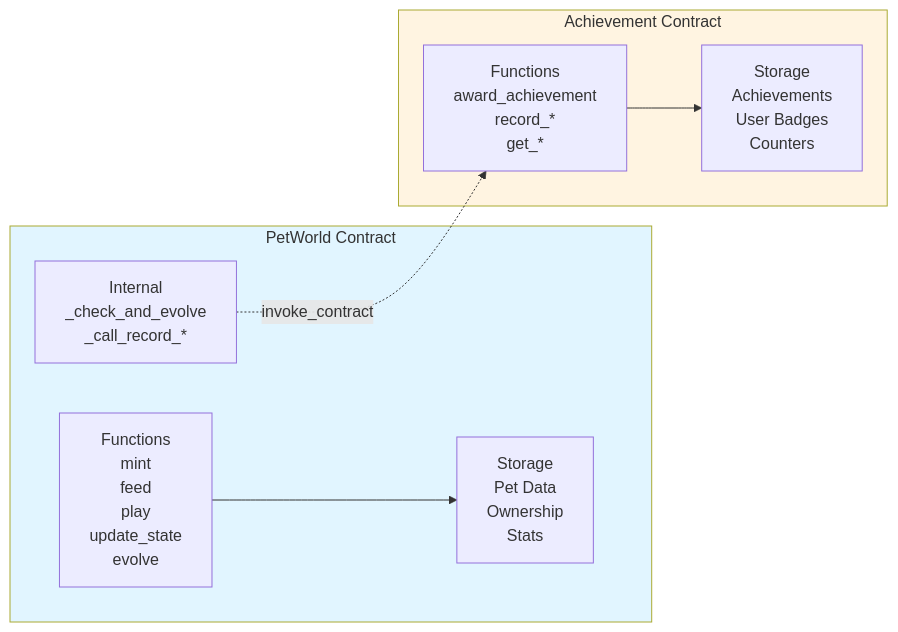
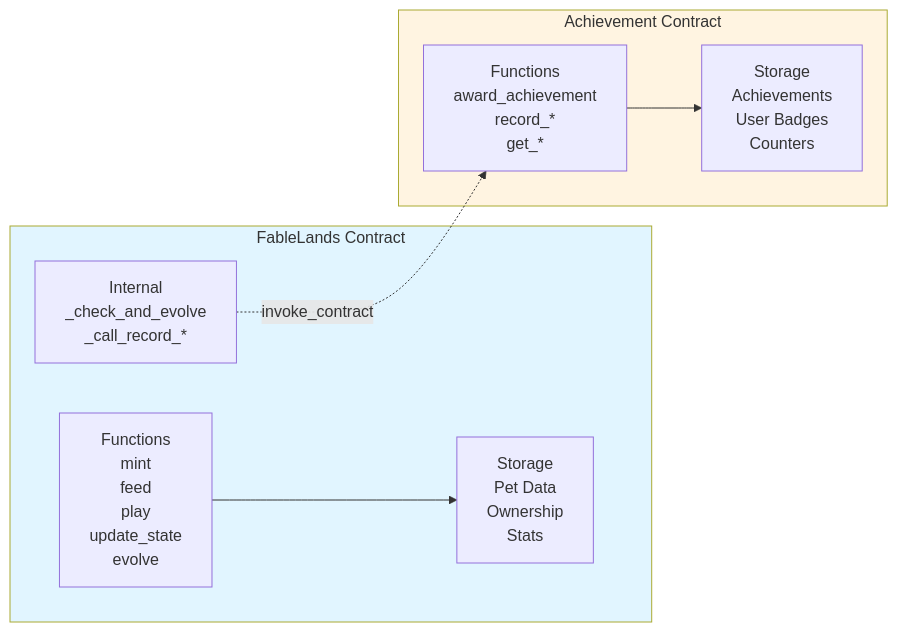
The diagram in README.md (SamFelix03/pet-world), drawn with Mermaid before and after one commit. The commit also changed other lines of this file, not shown here.

````diff
--- a/README.md
+++ b/README.md
@@ -201,20 +201,20 @@
 ```mermaid
 graph LR
-    subgraph PW["PetWorld Contract"]
+    subgraph PW["FableLands Contract"]
         PW_STORAGE[Storage<br/>Pet Data<br/>Ownership<br/>Stats]
         PW_FUNCS[Functions<br/>mint<br/>feed<br/>play<br/>update_state<br/>evolve]
         PW_INTERNAL[Internal<br/>_check_and_evolve<br/>_call_record_*]
     end
     
     subgraph AC["Achievement Contract"]
         AC_STORAGE[Storage<br/>Achievements<br/>User Badges<br/>Counters]
         AC_FUNCS[Functions<br/>award_achievement<br/>record_*<br/>get_*]
     end
     
     PW_FUNCS --> PW_STORAGE
     PW_INTERNAL -.->|invoke_contract| AC_FUNCS
     AC_FUNCS --> AC_STORAGE
     
     style PW fill:#e1f5ff
     style AC fill:#fff4e1
 ```
````
